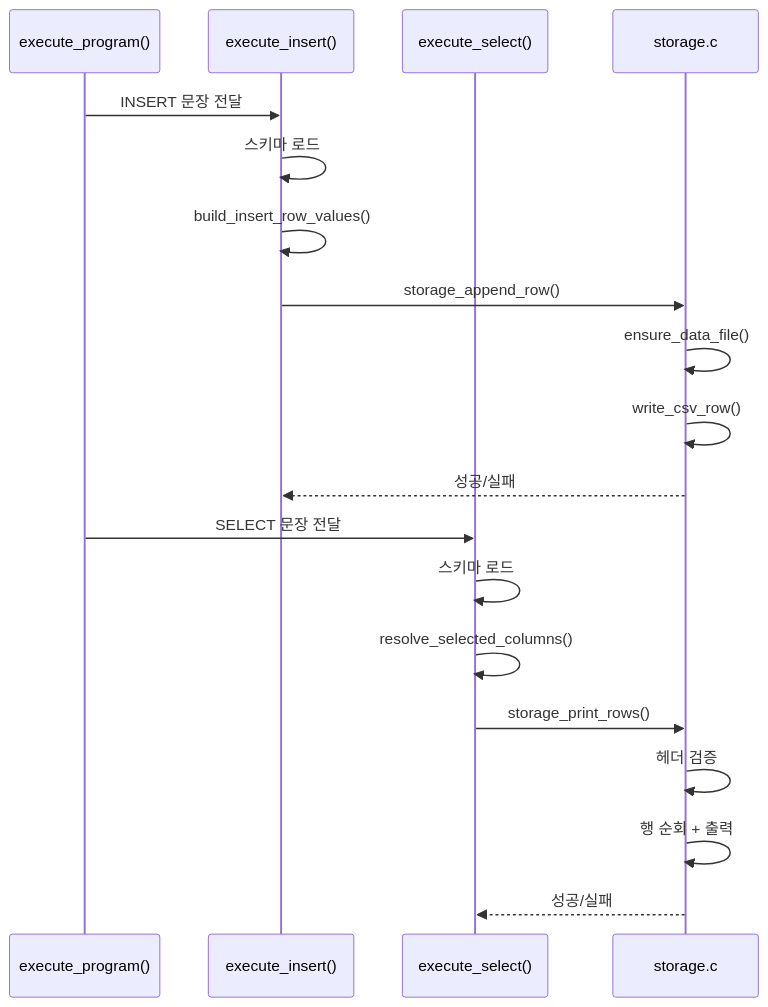
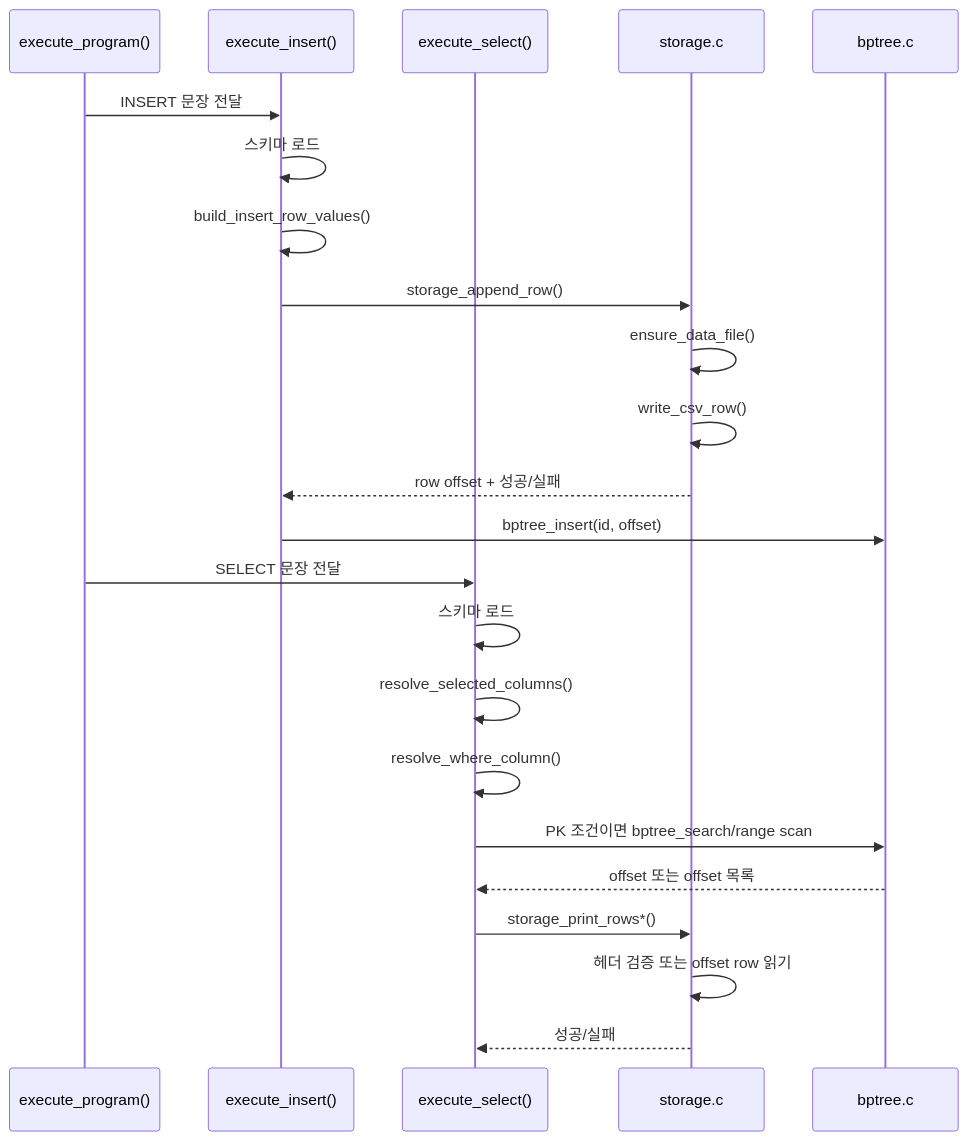
Before and after one commit to Jungle-12-303/week7-02-sql-index: diagram 18 of 18 in docs/storage-executor.md, drawn with Mermaid. The commit also changed other lines of this file and 10 other files, not shown here.

````diff
--- a/docs/storage-executor.md
+++ b/docs/storage-executor.md
@@ -440,23 +533,27 @@
 ```mermaid
 sequenceDiagram
     participant EP as execute_program()
     participant EI as execute_insert()
     participant ES as execute_select()
     participant ST as storage.c
+    participant BT as bptree.c
 
     EP->>EI: INSERT 문장 전달
     EI->>EI: 스키마 로드
     EI->>EI: build_insert_row_values()
     EI->>ST: storage_append_row()
     ST->>ST: ensure_data_file()
     ST->>ST: write_csv_row()
-    ST-->>EI: 성공/실패
+    ST-->>EI: row offset + 성공/실패
+    EI->>BT: bptree_insert(id, offset)
 
     EP->>ES: SELECT 문장 전달
     ES->>ES: 스키마 로드
     ES->>ES: resolve_selected_columns()
-    ES->>ST: storage_print_rows()
-    ST->>ST: 헤더 검증
-    ST->>ST: 행 순회 + 출력
+    ES->>ES: resolve_where_column()
+    ES->>BT: PK 조건이면 bptree_search/range scan
+    BT-->>ES: offset 또는 offset 목록
+    ES->>ST: storage_print_rows*()
+    ST->>ST: 헤더 검증 또는 offset row 읽기
     ST-->>ES: 성공/실패
 ```
````
